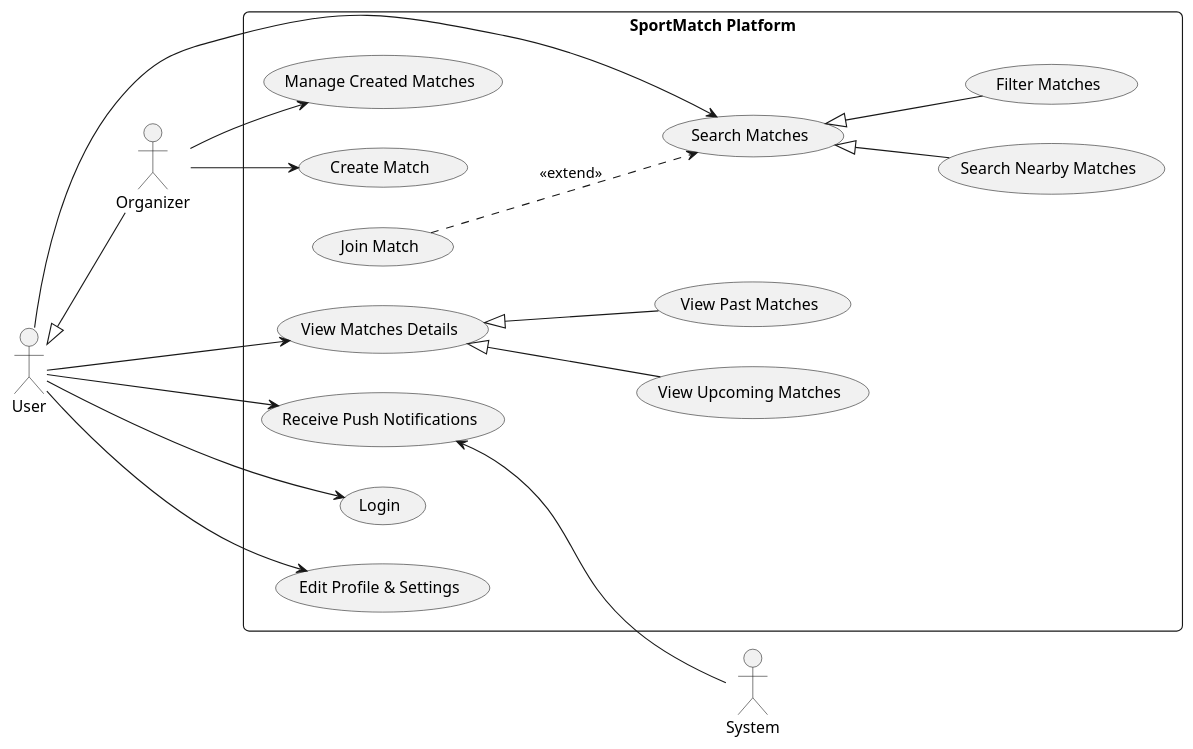
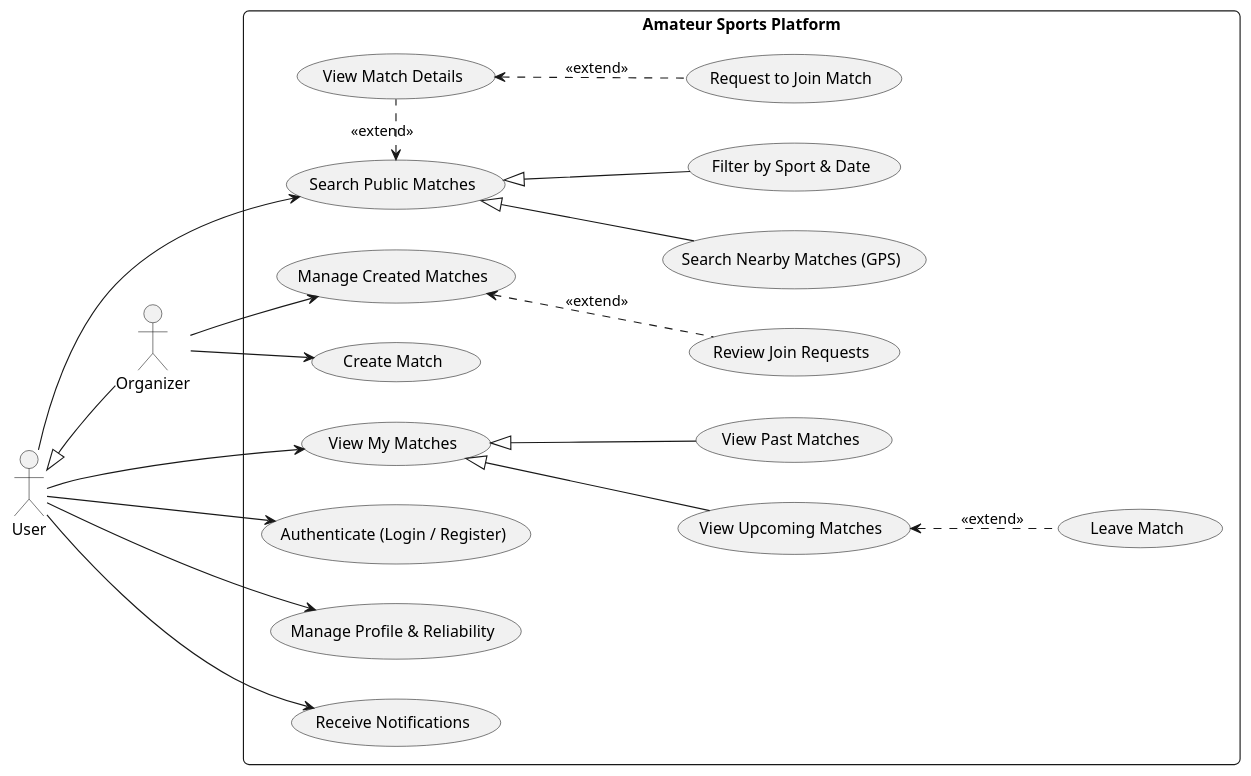
Before and after one commit to MarianiFabio/sport-matchmaker-flutter: the diagram in UML/UseCase.puml, drawn with PlantUML.

```diff
--- a/UML/UseCase.puml
+++ b/UML/UseCase.puml
@@ -1,58 +1,63 @@
 @startuml
-
 left to right direction
 skinparam packageStyle rectangle
 skinparam roundcorner 10
 
-
 actor "User" as U
 actor "Organizer" as O
-actor "System" as S
 
-' Specializzazione: Organizer è un User
+' Specializzazione: Organizer eredita tutte le azioni dello User
 O -up-|> U
 
-rectangle "SportMatch Platform" {
-    ' Account & Profilo
-    usecase "Login" as UC_Login
-    usecase "Edit Profile & Settings" as UC_Profile
-    usecase "Receive Push Notifications" as UC_Notif
+rectangle "Amateur Sports Platform" {
 
-    ' Ricerca e Partecipazione
-    usecase "Search Matches" as UC_Search
-    usecase "Search Nearby Matches" as UC_SearchNear
-    usecase "Filter Matches" as UC_SearchFilter
-    usecase "Join Match" as UC_Join
+    ' Accesso e Profilo
+    usecase "Authenticate (Login / Register)" as UC_Auth
+    usecase "Manage Profile & Reliability" as UC_Profile
+    usecase "Receive Notifications" as UC_Notif
 
-    ' Storico e Partite Registrate
-    usecase "View Matches Details" as UC_View
+    ' Ricerca Partite Pubbliche
+    usecase "Search Public Matches" as UC_Search
+    usecase "Filter by Sport & Date" as UC_Filter
+    usecase "Search Nearby Matches (GPS)" as UC_SearchNear
+    usecase "View Match Details" as UC_Details
+    usecase "Request to Join Match" as UC_Join
+
+    ' Le Mie Partite (Iscrizioni e Storico)
+    usecase "View My Matches" as UC_MyMatches
     usecase "View Upcoming Matches" as UC_Upcoming
-    usecase "View Past Matches" as UC_History
+    usecase "View Past Matches" as UC_Past
+    usecase "Leave Match" as UC_Leave
 
-    ' Azioni specifiche Organizzatore
+    ' Azioni specifiche dell'Organizzatore
     usecase "Create Match" as UC_Create
     usecase "Manage Created Matches" as UC_Manage
+    usecase "Review Join Requests" as UC_Requests
 }
 
-' Collegamenti Utente (base)
-U --> UC_Login
+' Collegamenti Utente (Base)
+U --> UC_Auth
 U --> UC_Profile
+U --> UC_Notif
 U --> UC_Search
-U --> UC_View
-U --> UC_Notif
+U --> UC_MyMatches
 
-UC_Upcoming -up-|> UC_View
-UC_History -up-|> UC_View
+' Specializzazioni della ricerca pubblica
+UC_Filter -up-|> UC_Search
+UC_SearchNear -up-|> UC_Search
 
-' Relazioni tra casi d'uso di ricerca
-UC_SearchNear -up-|> UC_Search
-UC_SearchFilter -up-|> UC_Search
-UC_Join ..> UC_Search : <<extend>>
+' Flusso Dettaglio e Partecipazione
+UC_Details .left.> UC_Search : <<extend>>
+UC_Join .up.> UC_Details : <<extend>>
 
-' Collegamenti Organizzatore (eredita tutto da User + ha i suoi)
+' Specializzazioni "Le Mie Partite"
+UC_Upcoming -up-|> UC_MyMatches
+UC_Past -up-|> UC_MyMatches
+UC_Leave .up.> UC_Upcoming : <<extend>>
+
+' Collegamenti Organizzatore
 O --> UC_Create
 O --> UC_Manage
+UC_Requests .up.> UC_Manage : <<extend>>
 
-' Attore secondario System (lato destro)
-UC_Notif <-down- S
 @enduml
```
